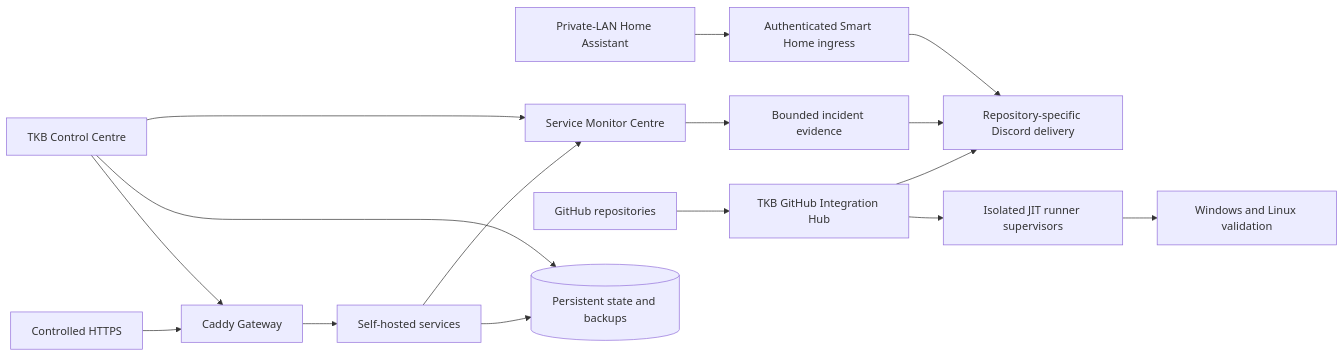
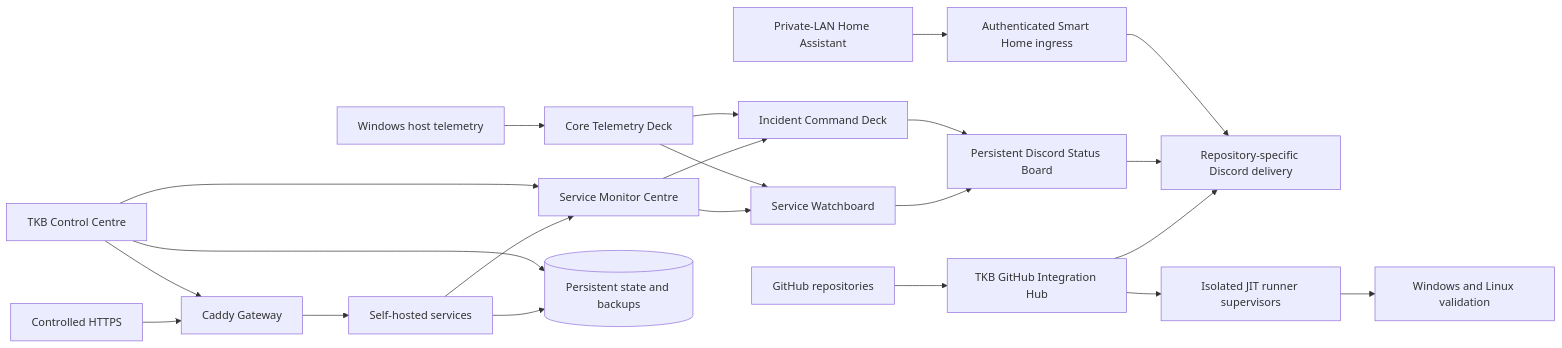
The diagram in README.md (Conroy1988/Conroy1988), drawn with Mermaid before and after one commit. The commit also changed other lines of this file, not shown here.

````diff
--- a/README.md
+++ b/README.md
@@ -327,22 +369,28 @@
 ```mermaid
 flowchart LR
     GitHub[GitHub repositories] --> Hub[TKB GitHub Integration Hub]
     Hub --> Discord[Repository-specific Discord delivery]
     Hub --> Runners[Isolated JIT runner supervisors]
     Runners --> Validation[Windows and Linux validation]
 
     Services[Self-hosted services] --> Monitor[Service Monitor Centre]
-    Monitor --> Incidents[Bounded incident evidence]
-    Incidents --> Discord
+    Host[Windows host telemetry] --> Telemetry[Core Telemetry Deck]
+    Monitor --> Watch[Service Watchboard]
+    Telemetry --> Watch
+    Monitor --> Incident[Incident Command Deck]
+    Telemetry --> Incident
+    Watch --> Status[Persistent Discord Status Board]
+    Incident --> Status
+    Status --> Discord
 
     Home[Private-LAN Home Assistant] --> Smart[Authenticated Smart Home ingress]
     Smart --> Discord
 
     Internet[Controlled HTTPS] --> Caddy[Caddy Gateway]
     Caddy --> Services
     Services --> Data[(Persistent state and backups)]
 
     Control[TKB Control Centre] --> Caddy
     Control --> Monitor
     Control --> Data
 ```
````
